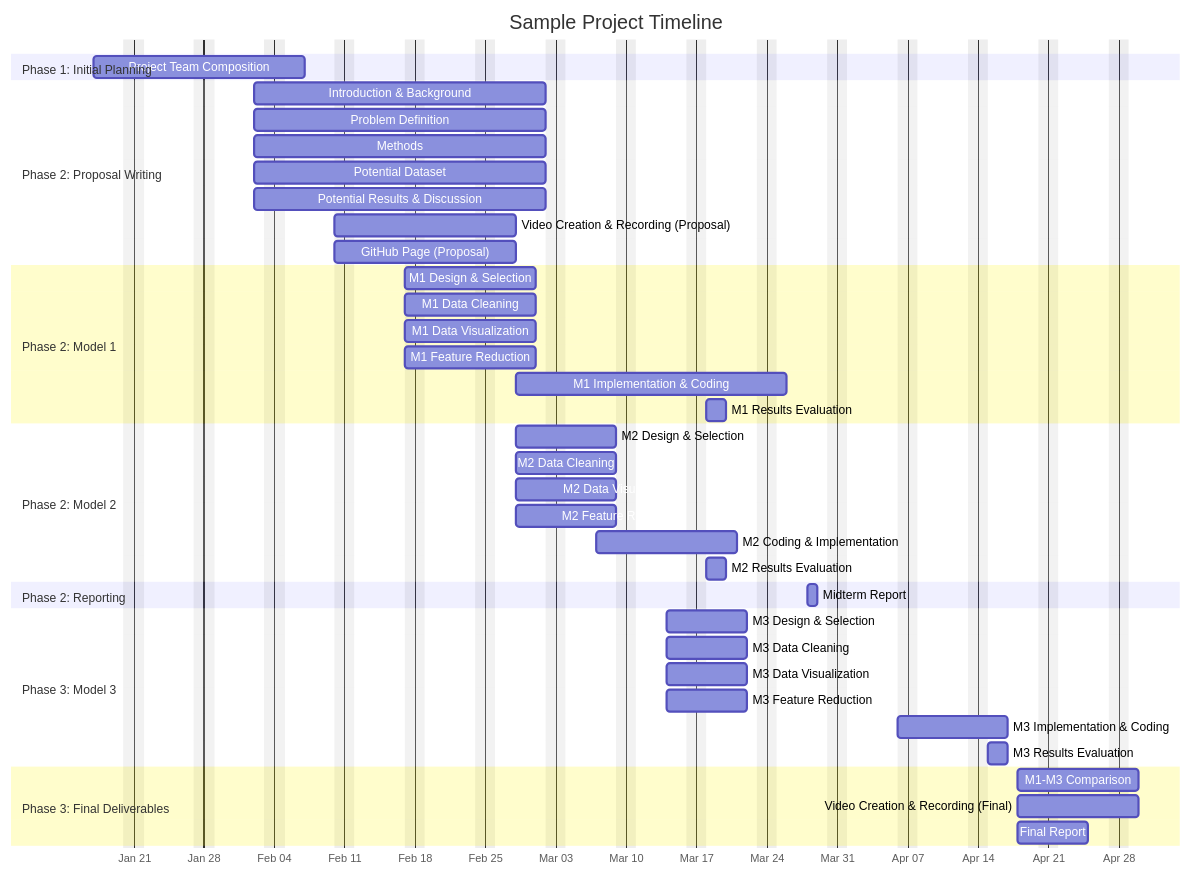
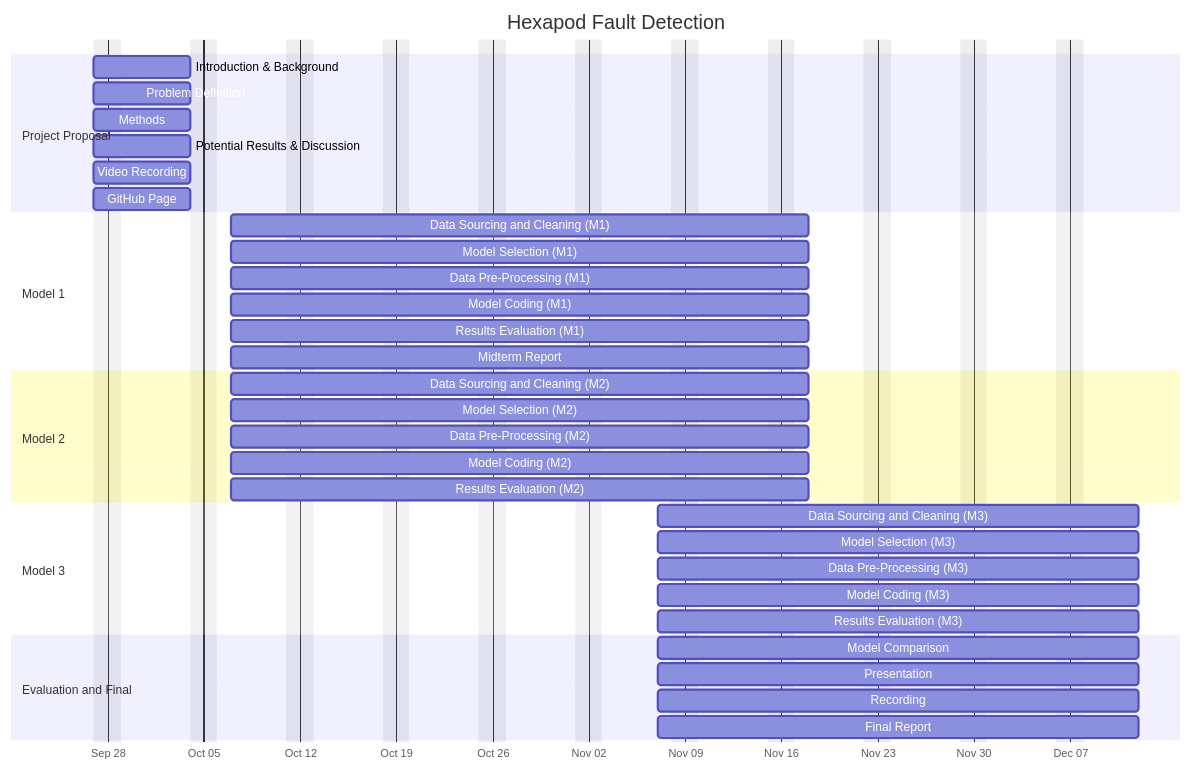
One commit to tyler-engineers-things/Machine-Learning-Joint-Analysis changed the diagram in README.md. Above: the diagram before and after it, drawn with Mermaid.

Commit message:
updated gantt chart

````diff
--- a/README.md
+++ b/README.md
@@ -72,51 +72,43 @@
 ```mermaid
 gantt
-    title Sample Project Timeline
+    title Hexapod Fault Detection
     dateFormat  YYYY-MM-DD
     axisFormat  %b %d
     excludes    weekends
 
-    section Phase 1: Initial Planning
-    Project Team Composition     :a1, 2024-01-17, 15d
+    section Project Proposal
+    Introduction & Background        :a1, 2025-09-27, 6d
+    Problem Definition               :a2, 2025-09-27, 6d
+    Methods                          :a3, 2025-09-27, 6d
+    Potential Results & Discussion   :a4, 2025-09-27, 6d
+    Video Recording                  :a5, 2025-09-27, 6d
+    GitHub Page                      :a6, 2025-09-27, 6d
 
-    section Phase 2: Proposal Writing
-    Introduction & Background    :a2, 2024-02-02, 21d
-    Problem Definition           :a3, 2024-02-02, 21d
-    Methods                      :a4, 2024-02-02, 21d
-    Potential Dataset            :a5, 2024-02-02, 21d
-    Potential Results & Discussion :a6, 2024-02-02, 21d
-    Video Creation & Recording (Proposal) :a7, 2024-02-10, 13d
-    GitHub Page (Proposal)       :a8, 2024-02-10, 13d
+    section Model 1
+    Data Sourcing and Cleaning (M1)  :b1, 2025-10-07, 30d
+    Model Selection (M1)            :b2, 2025-10-07, 30d
+    Data Pre-Processing (M1)        :b3, 2025-10-07, 30d
+    Model Coding (M1)               :b4, 2025-10-07, 30d
+    Results Evaluation (M1)         :b5, 2025-10-07, 30d
+    Midterm Report                  :b6, 2025-10-07, 30d
 
-    section Phase 2: Model 1
-    M1 Design & Selection        :b1, 2024-02-17, 10d
-    M1 Data Cleaning             :b2, 2024-02-17, 10d
-    M1 Data Visualization        :b3, 2024-02-17, 10d
-    M1 Feature Reduction         :b4, 2024-02-17, 10d
-    M1 Implementation & Coding  :b5, 2024-02-28, 19d
-    M1 Results Evaluation        :b6, 2024-03-18, 2d
+    section Model 2
+    Data Sourcing and Cleaning (M2) :c1, 2025-10-07, 30d
+    Model Selection (M2)            :c2, 2025-10-07, 30d
+    Data Pre-Processing (M2)        :c3, 2025-10-07, 30d
+    Model Coding (M2)               :c4, 2025-10-07, 30d
+    Results Evaluation (M2)         :c5, 2025-10-07, 30d
 
-    section Phase 2: Model 2
-    M2 Design & Selection        :c1, 2024-02-28, 8d
-    M2 Data Cleaning             :c2, 2024-02-28, 8d
-    M2 Data Visualization        :c3, 2024-02-28, 8d
-    M2 Feature Reduction         :c4, 2024-02-28, 8d
-    M2 Coding & Implementation   :c5, 2024-03-07, 10d
-    M2 Results Evaluation        :c6, 2024-03-18, 2d
+    section Model 3
+    Data Sourcing and Cleaning (M3) :d1, 2025-11-07, 25d
+    Model Selection (M3)            :d2, 2025-11-07, 25d
+    Data Pre-Processing (M3)        :d3, 2025-11-07, 25d
+    Model Coding (M3)               :d4, 2025-11-07, 25d
+    Results Evaluation (M3)         :d5, 2025-11-07, 25d
 
-    section Phase 2: Reporting
-    Midterm Report               :d1, 2024-03-28, 1d
-
-    section Phase 3: Model 3
-    M3 Design & Selection        :e1, 2024-03-14, 6d
-    M3 Data Cleaning             :e2, 2024-03-14, 6d
-    M3 Data Visualization        :e3, 2024-03-14, 6d
-    M3 Feature Reduction         :e4, 2024-03-14, 6d
-    M3 Implementation & Coding  :e5, 2024-04-06, 8d
-    M3 Results Evaluation        :e6, 2024-04-15, 2d
-
-    section Phase 3: Final Deliverables
-    M1-M3 Comparison             :f1, 2024-04-18, 8d
-    Video Creation & Recording (Final) :f2, 2024-04-18, 8d
-    Final Report                 :f3, 2024-04-18, 5d
+    section Evaluation and Final
+    Model Comparison                :e1, 2025-11-07, 25d
+    Presentation                    :e2, 2025-11-07, 25d
+    Recording                       :e3, 2025-11-07, 25d
+    Final Report                    :e4, 2025-11-07, 25d
 ```
````
